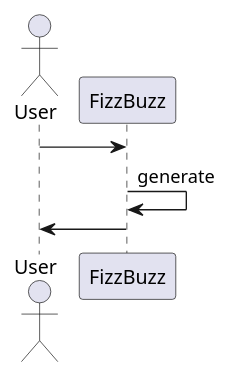
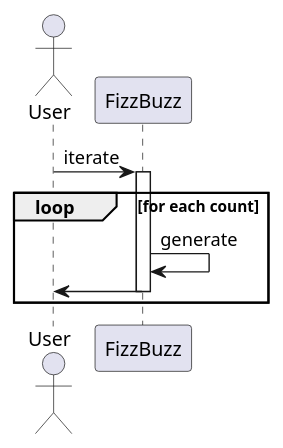
The third of 3 diagrams in docs/src/fizz_buzz.adoc (hiroshima-arc/aws_sam_nodejs_hands-on), drawn with PlantUML before and after one commit. The commit also changed other lines of this file and 5 other files, not shown here.

```diff
--- a/docs/src/fizz_buzz.adoc
+++ b/docs/src/fizz_buzz.adoc
@@ -43,8 +43,12 @@
 [plantuml]
 ----
 actor User
 
-User -> FizzBuzz
-FizzBuzz -> FizzBuzz :generate
-User <- FizzBuzz
+User -> FizzBuzz: iterate
+loop for each count
+      activate FizzBuzz
+      FizzBuzz -> FizzBuzz: generate
+            User <- FizzBuzz
+      deactivate FizzBuzz
+end
 ----
```
